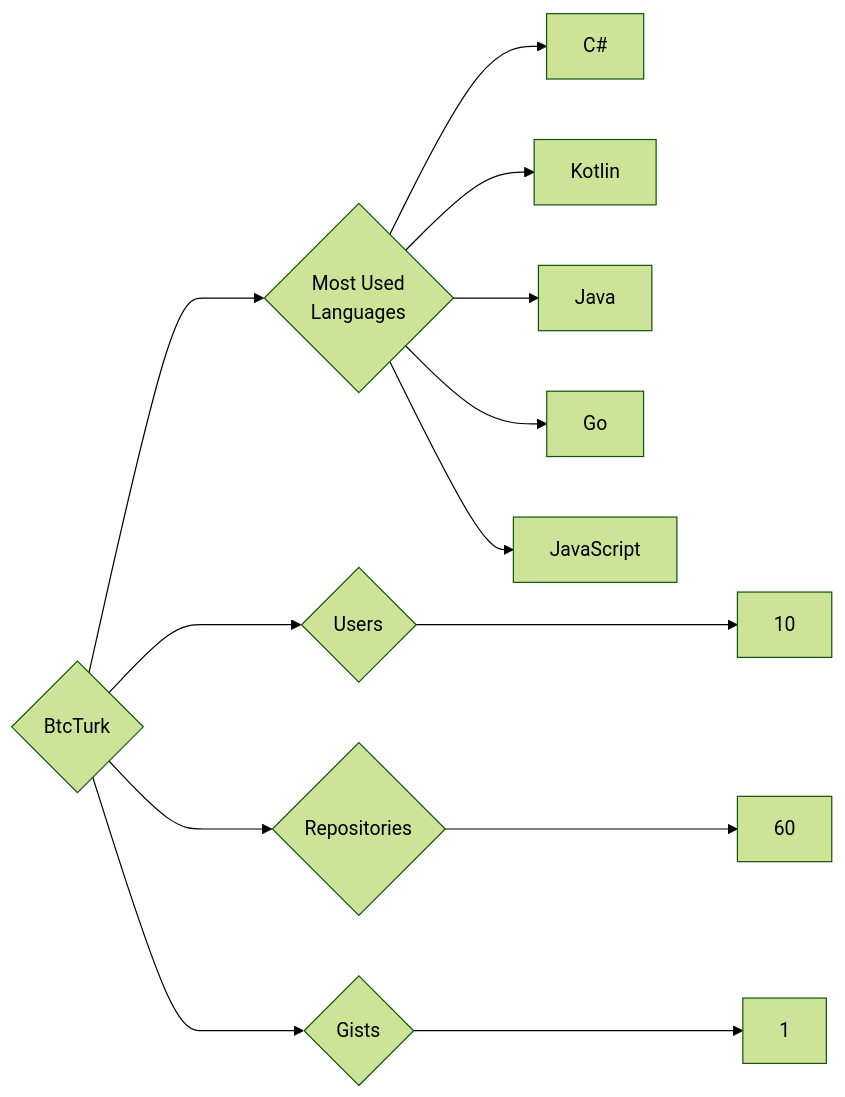
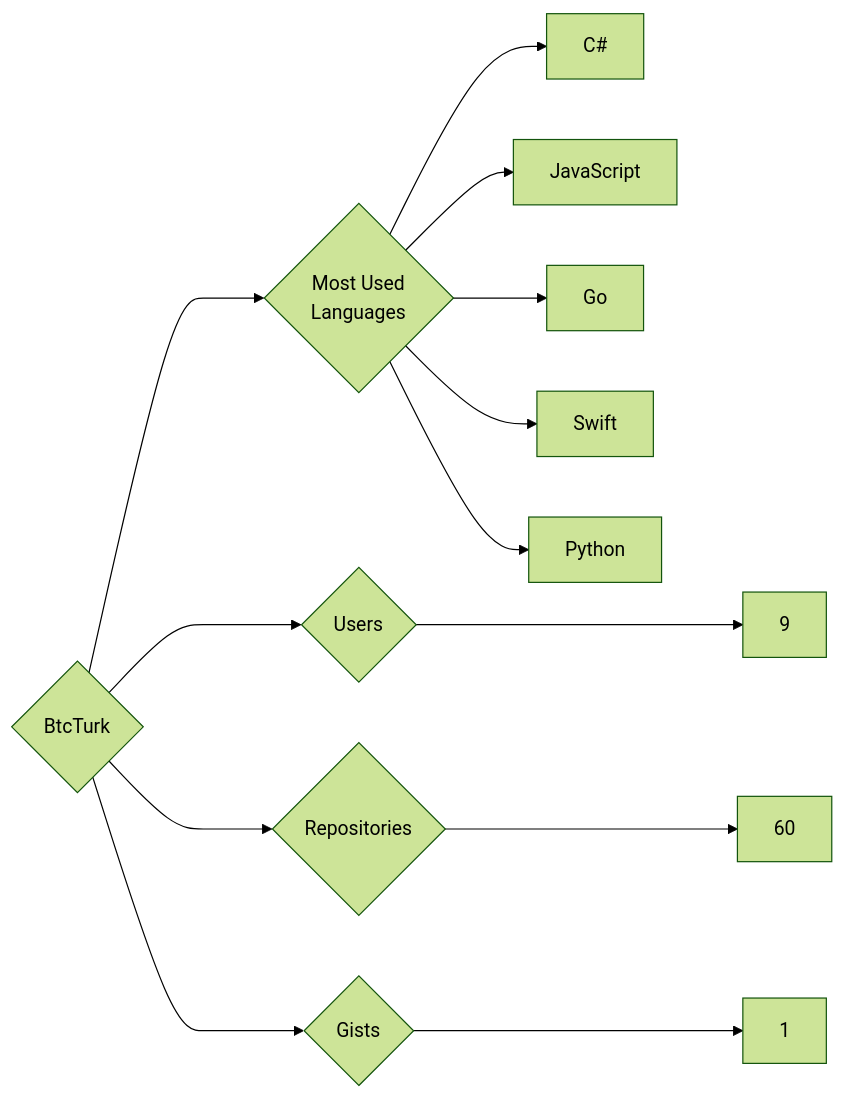
The diagram in targets/BtcTurk/README.md (trickest/insiders), drawn with Mermaid (forest theme) before and after one commit. The commit also changed 682 other files, not shown here.

````diff
--- a/targets/BtcTurk/README.md
+++ b/targets/BtcTurk/README.md
@@ -3,13 +3,13 @@
 ```mermaid
 graph LR
 COMPANY_NAME{BtcTurk}
-COMPANY_NAME ---> U{Users} ---> UN[10]
+COMPANY_NAME ---> U{Users} ---> UN[9]
 COMPANY_NAME ---> R{Repositories} ---> RN[60]
 COMPANY_NAME ---> G{Gists} ---> GN[1]
 COMPANY_NAME ---> ML{Most Used<br>Languages}
 ML --> C#[C#]
-ML --> Kotlin[Kotlin]
-ML --> Java[Java]
+ML --> JavaScript[JavaScript]
 ML --> Go[Go]
-ML --> JavaScript[JavaScript]
+ML --> Swift[Swift]
+ML --> Python[Python]
 ```
````
